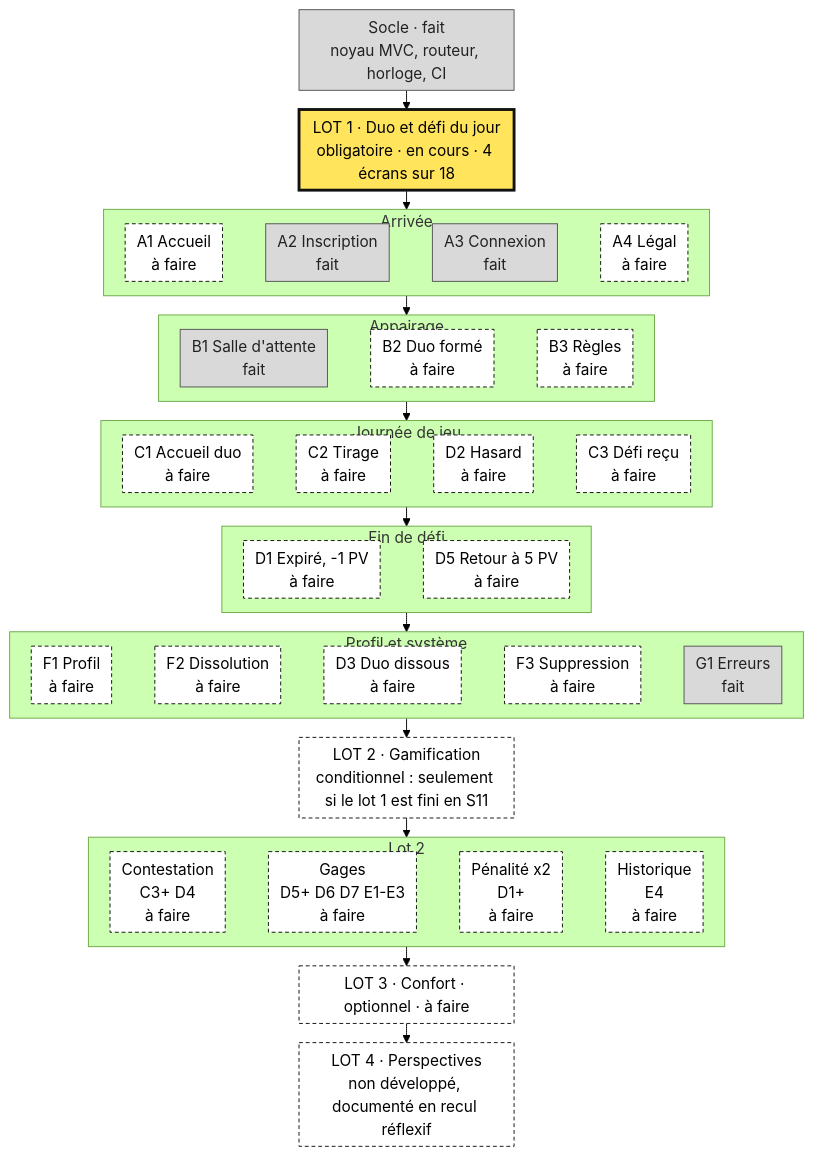
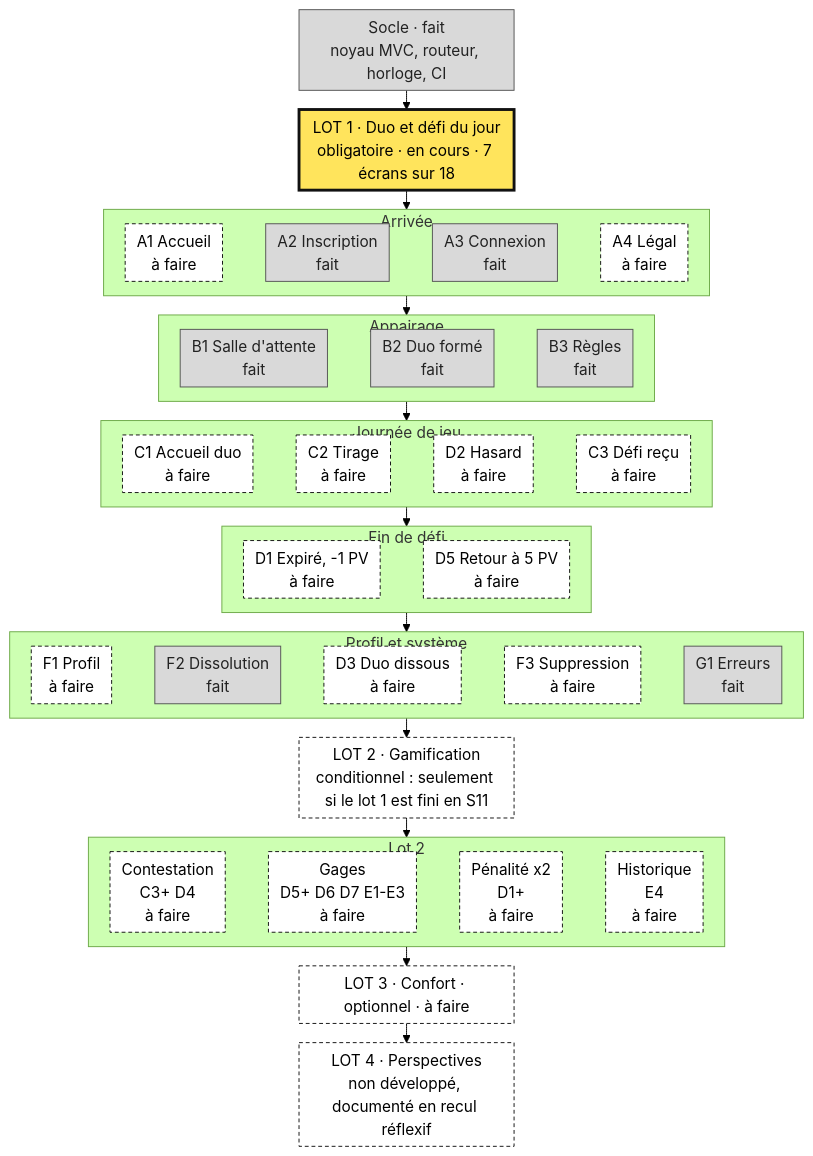
One commit to matteo-lorenzi/Quest-Love changed the diagram in README.md. Above: the diagram before and after it, drawn with Mermaid (forest theme). The commit also changed other lines of this file and 1 other file, not shown here.

Commit message:
F2 : documents de référence à jour (README, doc technique)
Le README compte B2, B3 et F2 comme faits (7 écrans sur 18) et la doc technique coche B2 et F2, en notant que la dissolution pose le marqueur que D3 lira.

Spec : #23

````diff
--- a/README.md
+++ b/README.md
@@ -14,67 +14,67 @@
 ```mermaid
 %%{init: {"flowchart": {"nodeSpacing": 10, "rankSpacing": 20, "padding": 6, "htmlLabels": true}}}%%
 flowchart TB
   S["Socle · fait<br/>noyau MVC, routeur, horloge, CI"]:::fait
-  L1["LOT 1 · Duo et défi du jour<br/>obligatoire · en cours · 4 écrans sur 18"]:::encours
+  L1["LOT 1 · Duo et défi du jour<br/>obligatoire · en cours · 7 écrans sur 18"]:::encours
   L2["LOT 2 · Gamification<br/>conditionnel : seulement si le lot 1 est fini en S11"]:::afaire
   L3["LOT 3 · Confort · optionnel · à faire"]:::afaire
   L4["LOT 4 · Perspectives<br/>non développé, documenté en recul réflexif"]:::afaire
 
   subgraph P1["Arrivée"]
     direction LR
     A1["A1 Accueil<br/>à faire"]:::afaire
     A2["A2 Inscription<br/>fait"]:::fait
     A3["A3 Connexion<br/>fait"]:::fait
     A4["A4 Légal<br/>à faire"]:::afaire
     A1 ~~~ A2 ~~~ A3 ~~~ A4
   end
 
   subgraph P2["Appairage"]
     direction LR
     B1["B1 Salle d'attente<br/>fait"]:::fait
-    B2["B2 Duo formé<br/>à faire"]:::afaire
-    B3["B3 Règles<br/>à faire"]:::afaire
+    B2["B2 Duo formé<br/>fait"]:::fait
+    B3["B3 Règles<br/>fait"]:::fait
     B1 ~~~ B2 ~~~ B3
   end
 
   subgraph P3["Journée de jeu"]
     direction LR
     C1["C1 Accueil duo<br/>à faire"]:::afaire
     C2["C2 Tirage<br/>à faire"]:::afaire
     D2["D2 Hasard<br/>à faire"]:::afaire
     C3["C3 Défi reçu<br/>à faire"]:::afaire
     C1 ~~~ C2 ~~~ D2 ~~~ C3
   end
 
   subgraph P4["Fin de défi"]
     direction LR
     D1["D1 Expiré, -1 PV<br/>à faire"]:::afaire
     D5["D5 Retour à 5 PV<br/>à faire"]:::afaire
     D1 ~~~ D5
   end
 
   subgraph P5["Profil et système"]
     direction LR
     F1["F1 Profil<br/>à faire"]:::afaire
-    F2["F2 Dissolution<br/>à faire"]:::afaire
+    F2["F2 Dissolution<br/>fait"]:::fait
     D3["D3 Duo dissous<br/>à faire"]:::afaire
     F3["F3 Suppression<br/>à faire"]:::afaire
     G1["G1 Erreurs<br/>fait"]:::fait
     F1 ~~~ F2 ~~~ D3 ~~~ F3 ~~~ G1
   end
 
   subgraph P6["Lot 2"]
     direction LR
     X1["Contestation<br/>C3+ D4<br/>à faire"]:::afaire
     X2["Gages<br/>D5+ D6 D7 E1-E3<br/>à faire"]:::afaire
     X3["Pénalité x2<br/>D1+<br/>à faire"]:::afaire
     X4["Historique<br/>E4<br/>à faire"]:::afaire
     X1 ~~~ X2 ~~~ X3 ~~~ X4
   end
 
   S --> L1 --> P1 --> P2 --> P3 --> P4 --> P5 --> L2 --> P6 --> L3 --> L4
 
   classDef fait fill:#d9d9d9,stroke:#555555,color:#222222
   classDef encours fill:#ffe45c,stroke:#111111,stroke-width:3px,color:#000000
   classDef afaire fill:#ffffff,stroke:#111111,stroke-dasharray:4 3,color:#000000
 ```
````
